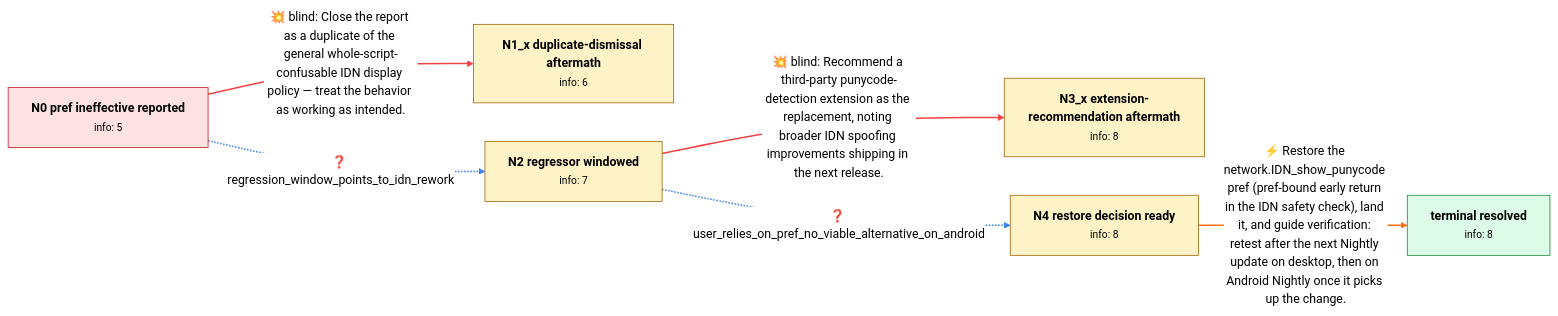
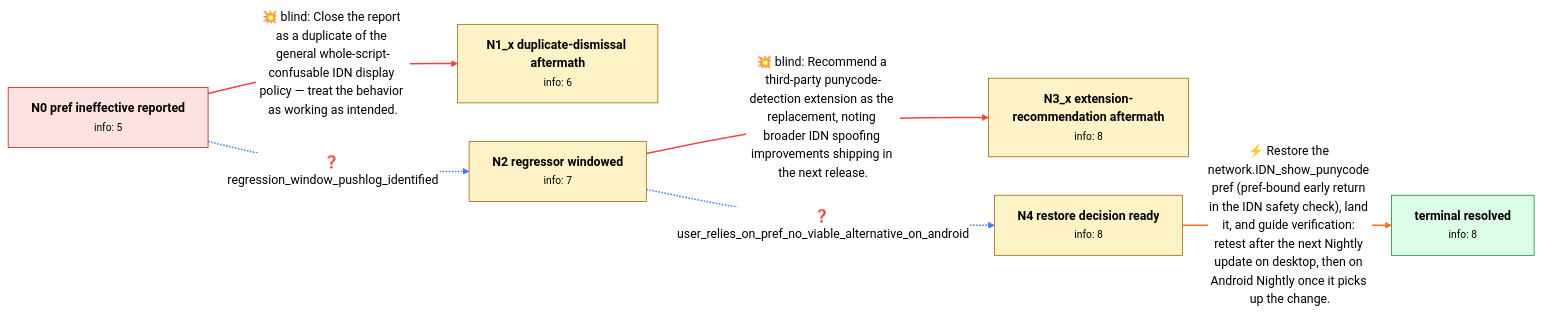
The diagram in data/trial/review/bmo_1913022.md (Chaoyi-He1/graph_bench), drawn with Mermaid (neutral theme) before and after one commit. The commit also changed other lines of this file and 56 other files, not shown here.

````diff
--- a/data/trial/review/bmo_1913022.md
+++ b/data/trial/review/bmo_1913022.md
@@ -10,28 +10,28 @@
 ```mermaid
 flowchart LR
     N0["<b>N0 pref ineffective reported</b><br/><small>info: 5</small>"]
     N1_x["<b>N1_x duplicate-dismissal aftermath</b><br/><small>info: 6</small>"]
     N2["<b>N2 regressor windowed</b><br/><small>info: 7</small>"]
     N3_x["<b>N3_x extension-recommendation aftermath</b><br/><small>info: 8</small>"]
     N4["<b>N4 restore decision ready</b><br/><small>info: 8</small>"]
     N_terminal["<b>terminal resolved</b><br/><small>info: 8</small>"]
     N0 ==>|"💥 blind: Close the report as a duplicate of the general whole-script-confusable IDN display policy — treat the behavior as working as intended."| N1_x
     linkStyle 0 stroke:#ef4444,stroke-width:2px
-    N0 -.->|"❓ regression_window_points_to_idn_rework"| N2
+    N0 -.->|"❓ regression_window_pushlog_identified"| N2
     linkStyle 1 stroke:#3b82f6,stroke-width:2px
     N2 ==>|"💥 blind: Recommend a third-party punycode-detection extension as the replacement, noting broader IDN spoofing improvements shipping in the next release."| N3_x
     linkStyle 2 stroke:#ef4444,stroke-width:2px
     N2 -.->|"❓ user_relies_on_pref_no_viable_alternative_on_android"| N4
     linkStyle 3 stroke:#3b82f6,stroke-width:2px
     N4 ==>|"⚡ Restore the network.IDN_show_punycode pref (pref-bound early return in the IDN safety check), land it, and guide verification: retest after the next Nightly update on desktop, then on Android Nightly once it picks up the change."| N_terminal
     linkStyle 4 stroke:#f97316,stroke-width:2px
     class N0 start
     class N1_x normal
     class N2 normal
     class N3_x normal
     class N4 normal
     class N_terminal terminal
     classDef start fill:#fee2e2,stroke:#b91c1c,color:#000
     classDef terminal fill:#dcfce7,stroke:#15803d,color:#000
     classDef normal fill:#fef3c7,stroke:#a16207,color:#000
 ```
````
